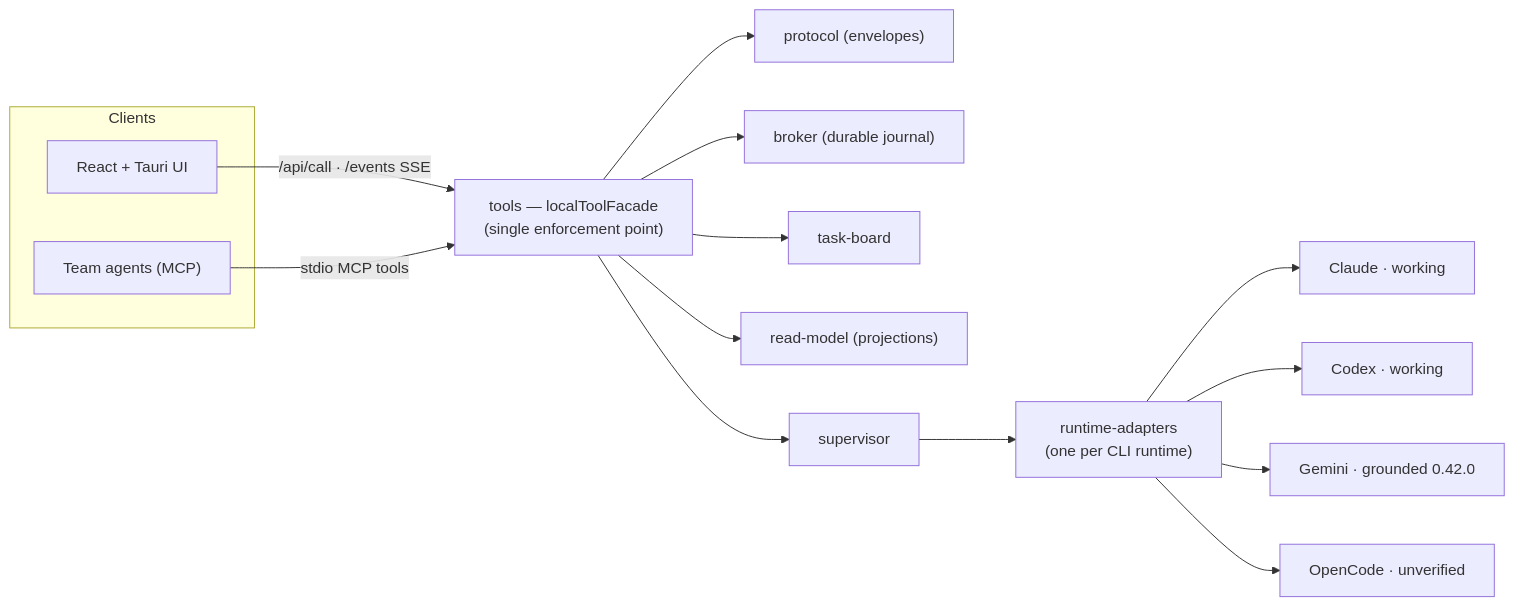
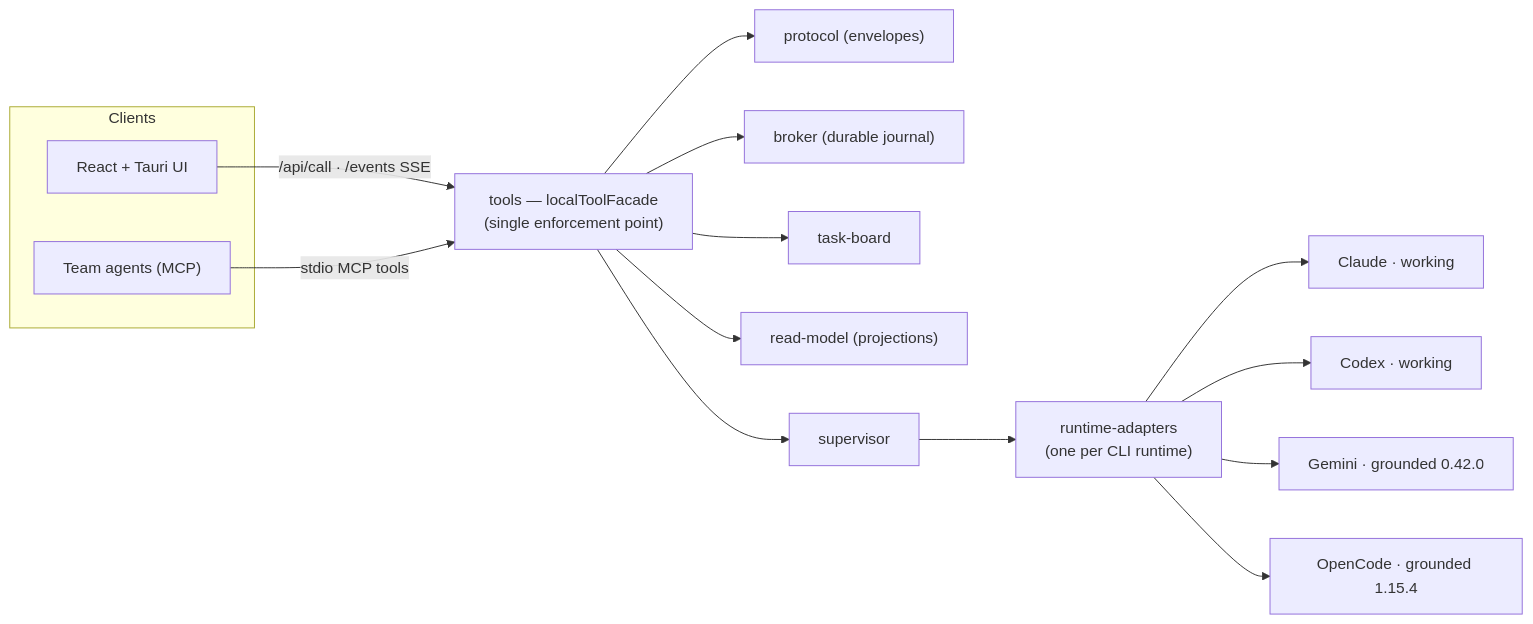
Before and after one commit to TheOverAchievingDev/T.O.A.D: the diagram in toad-local/docs/ARCHITECTURE.md, drawn with Mermaid. The commit also changed other lines of this file and 1 other file, not shown here.

Commit message:
docs(status): OpenCode → grounded against opencode 1.15.4 (SP1c) — stdin→positional defect fixed; documented residuals (SP1c Task 7)

````diff
--- a/toad-local/docs/ARCHITECTURE.md
+++ b/toad-local/docs/ARCHITECTURE.md
@@ -9,20 +9,20 @@
 ```mermaid
 flowchart LR
   subgraph clients["Clients"]
     UI["React + Tauri UI"]
     Agents["Team agents (MCP)"]
   end
   UI -->|"/api/call · /events SSE"| Facade
   Agents -->|"stdio MCP tools"| Facade
   Facade["tools — localToolFacade<br/>(single enforcement point)"]
   Facade --> Protocol["protocol (envelopes)"]
   Facade --> Broker["broker (durable journal)"]
   Facade --> Board["task-board"]
   Facade --> ReadModel["read-model (projections)"]
   Facade --> Supervisor["supervisor"]
   Supervisor --> Adapters["runtime-adapters<br/>(one per CLI runtime)"]
   Adapters --> Claude["Claude · working"]
   Adapters --> Codex["Codex · working"]
   Adapters --> Gemini["Gemini · grounded 0.42.0"]
-  Adapters --> Opencode["OpenCode · unverified"]
+  Adapters --> Opencode["OpenCode · grounded 1.15.4"]
 ```
````
